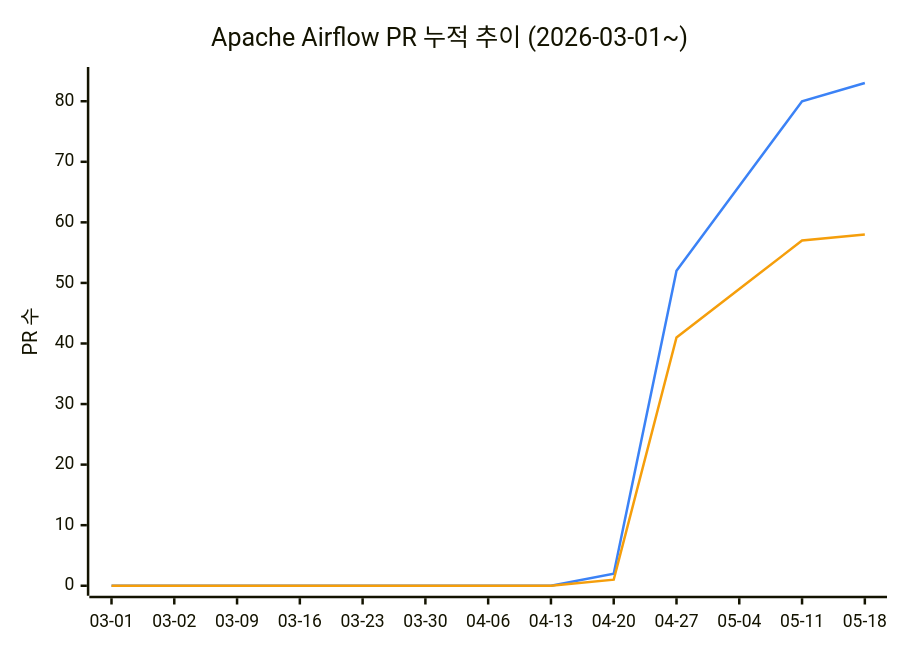
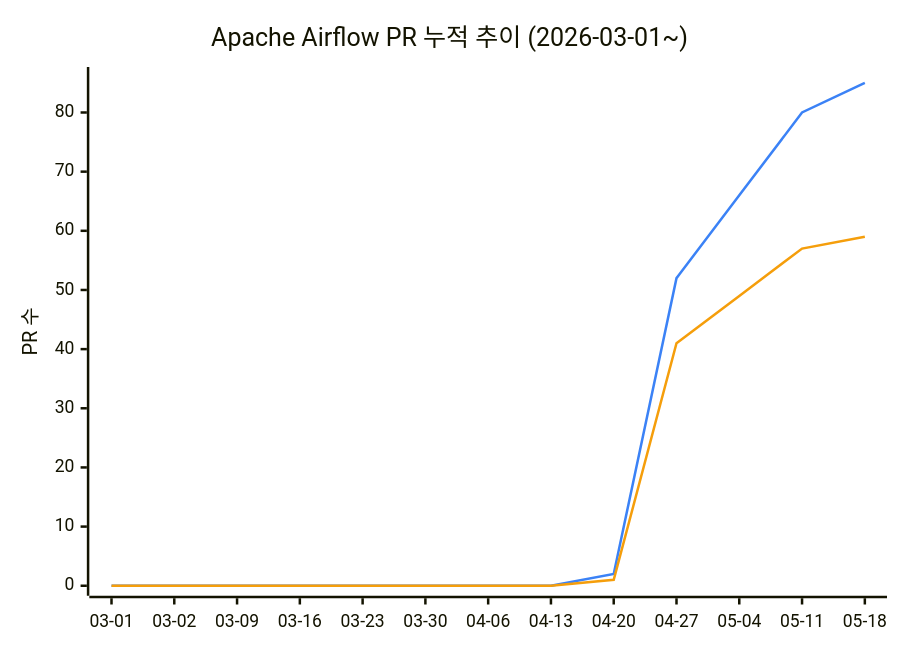
Before and after one commit to AirflowKorea/ossca: the diagram in README.md, drawn with Mermaid. The commit also changed other lines of this file, not shown here.

````diff
--- a/README.md
+++ b/README.md
@@ -11,9 +11,9 @@
 ```mermaid
 %%{init: {"themeVariables": {"xyChart": {"plotColorPalette": "#3b82f6, #f59e0b"}}}}%%
 xychart-beta
     title "Apache Airflow PR 누적 추이 (2026-03-01~)"
     x-axis ["03-01", "03-02", "03-09", "03-16", "03-23", "03-30", "04-06", "04-13", "04-20", "04-27", "05-04", "05-11", "05-18"]
-    y-axis "PR 수" 0 --> 84
-    line [0, 0, 0, 0, 0, 0, 0, 0, 2, 52, 66, 80, 83]
-    line [0, 0, 0, 0, 0, 0, 0, 0, 1, 41, 49, 57, 58]
+    y-axis "PR 수" 0 --> 86
+    line [0, 0, 0, 0, 0, 0, 0, 0, 2, 52, 66, 80, 85]
+    line [0, 0, 0, 0, 0, 0, 0, 0, 1, 41, 49, 57, 59]
 ```
````
